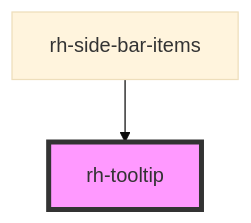
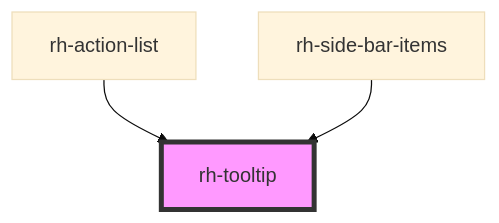
The diagram in src/components/tooltip/readme.md (BrunoAST/rh-core-ui), drawn with Mermaid (base theme) before and after one commit. The commit also changed other lines of this file and 7 other files, not shown here.

Commit message:
feat: create action list component

````diff
--- a/src/components/tooltip/readme.md
+++ b/src/components/tooltip/readme.md
@@ -24,5 +25,6 @@
 ```mermaid
 graph TD;
+  rh-action-list --> rh-tooltip
   rh-side-bar-items --> rh-tooltip
   style rh-tooltip fill:#f9f,stroke:#333,stroke-width:4px
 ```
````
